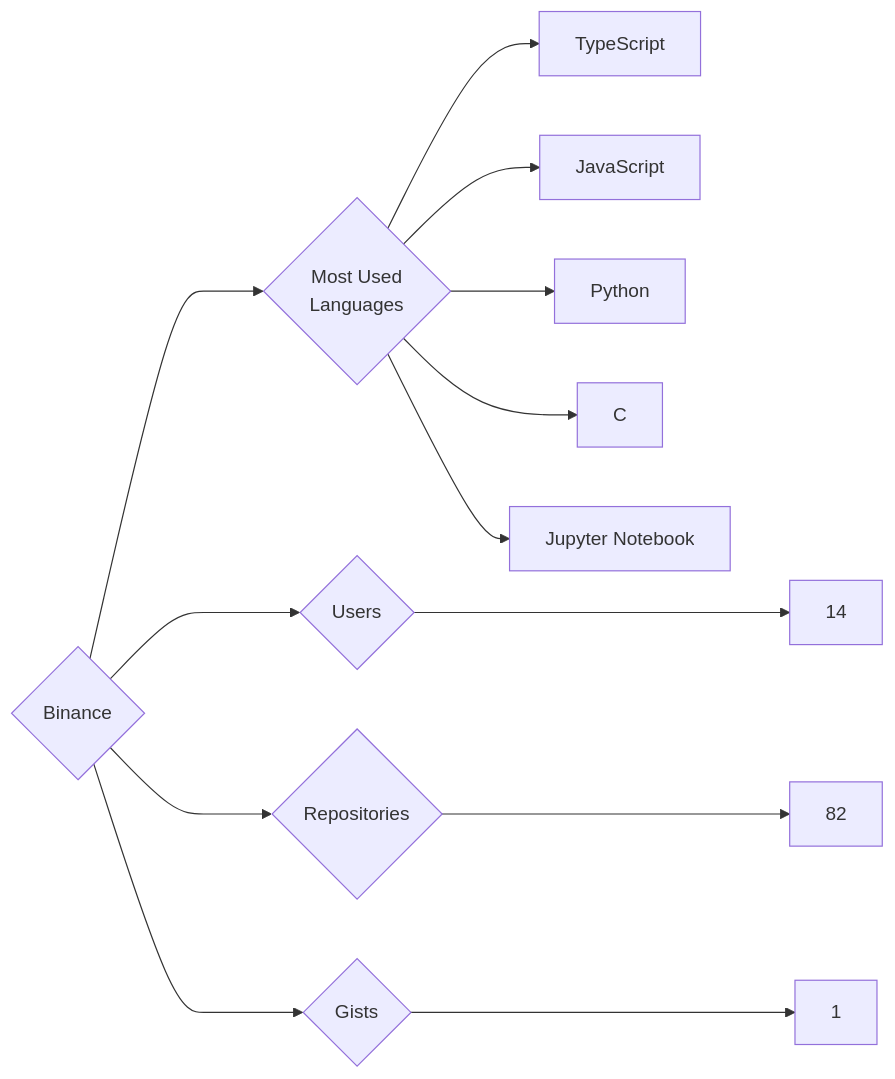
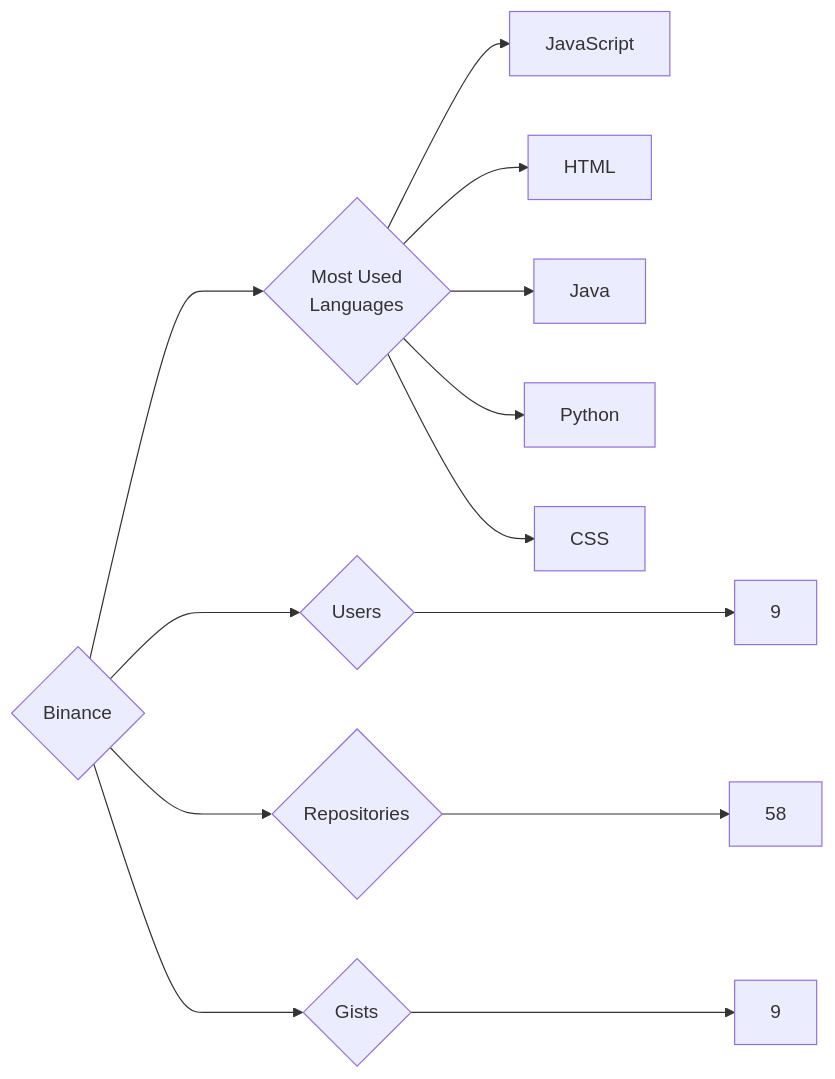
Before and after one commit to trickest/insiders: the diagram in targets/Binance/README.md, drawn with Mermaid. The commit also changed 944 other files, not shown here.

````diff
--- a/targets/Binance/README.md
+++ b/targets/Binance/README.md
@@ -3,13 +3,13 @@
 ```mermaid
 graph LR
 COMPANY_NAME{Binance}
-COMPANY_NAME ---> U{Users} ---> UN[14]
-COMPANY_NAME ---> R{Repositories} ---> RN[82]
-COMPANY_NAME ---> G{Gists} ---> GN[1]
+COMPANY_NAME ---> U{Users} ---> UN[9]
+COMPANY_NAME ---> R{Repositories} ---> RN[58]
+COMPANY_NAME ---> G{Gists} ---> GN[9]
 COMPANY_NAME ---> ML{Most Used<br>Languages}
-ML --> TypeScript[TypeScript]
 ML --> JavaScript[JavaScript]
+ML --> HTML[HTML]
+ML --> Java[Java]
 ML --> Python[Python]
-ML --> C[C]
-ML --> Jupyter_Notebook[Jupyter Notebook]
+ML --> CSS[CSS]
 ```
````
